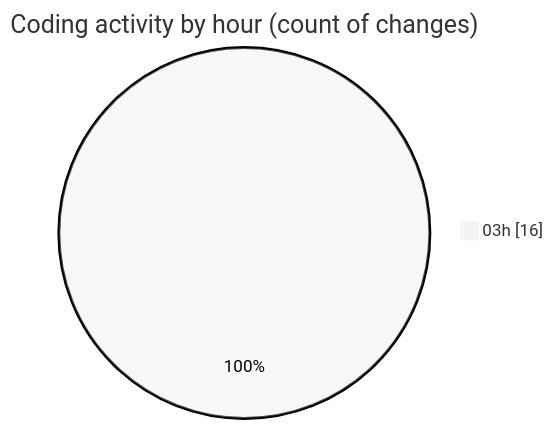
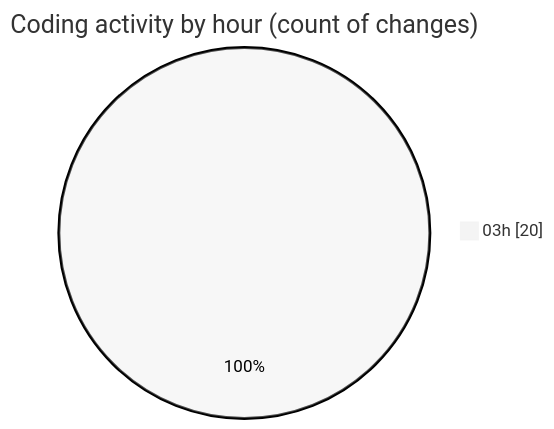
The second of 2 diagrams in 2025-01-02/maps_clone/README.md (donsfak/code-tracking), drawn with Mermaid (neutral theme) before and after one commit. The commit also changed other lines of this file and 2 other files, not shown here.

````diff
--- a/2025-01-02/maps_clone/README.md
+++ b/2025-01-02/maps_clone/README.md
@@ -39,5 +40,5 @@
 ```mermaid
 pie showData
 title Coding activity by hour (count of changes)
-"03h" : 16
+"03h" : 20
 ```
````
